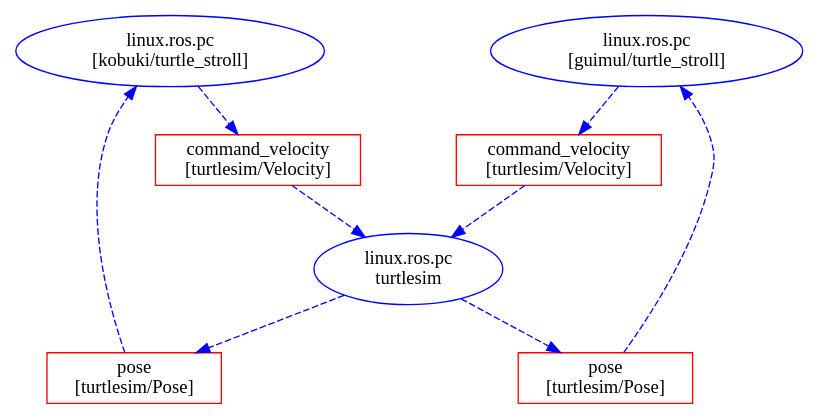
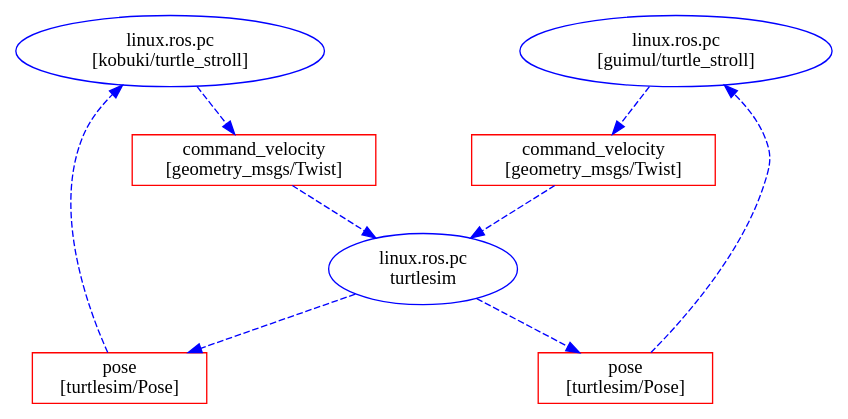
One commit to robotics-in-concert/rocon_tutorials changed the diagram in concert_tutorials/turtle_concert/orchestration/implementation.dot. Above: the diagram before and after it, drawn with Graphviz. The commit also changed 7 other files, not shown here.

Commit message:
turtle_stroll uses geometry_msgs. command_velocity to cmd_vel. removing wrong setup.py

```diff
--- a/concert_tutorials/turtle_concert/orchestration/implementation.dot
+++ b/concert_tutorials/turtle_concert/orchestration/implementation.dot
@@ -1,33 +1,33 @@
 digraph hierarchy {
 
 	nodesep=1.0 // increases the separation between nodes
 
 	node [color=Red]
 	edge [color=Blue, style=dashed] //setup options
 
     // concert clients
     kobuki [color=blue, shape=ellipse, label="linux.ros.pc\n[kobuki/turtle_stroll]"]
     guimul [color=blue, shape=ellipse, label="linux.ros.pc\n[guimul/turtle_stroll]"]
     turtlesim [color=blue, shape=ellipse, label="linux.ros.pc\nturtlesim"]
  
     // topics
     kobuki_pose [color=red, shape=box, label="pose\n[turtlesim/Pose]"]
-    kobuki_command_velocity [color=red, shape=box, label="command_velocity\n[turtlesim/Velocity]"]
+    kobuki_command_velocity [color=red, shape=box, label="command_velocity\n[geometry_msgs/Twist]"]
     guimul_pose [color=red, shape=box, label="pose\n[turtlesim/Pose]"]
-    guimul_command_velocity [color=red, shape=box, label="command_velocity\n[turtlesim/Velocity]"]
+    guimul_command_velocity [color=red, shape=box, label="command_velocity\n[geometry_msgs/Twist]"]
     
     // links
 	{rank = same; kobuki guimul }
 	//{rank = same; clear_cmd_list set_cmd_list recognized_cmd}
 	kobuki->{ kobuki_command_velocity }
     guimul->{ guimul_command_velocity }
     kobuki_command_velocity->turtlesim
     guimul_command_velocity->turtlesim
     turtlesim->kobuki_pose
     turtlesim->guimul_pose
 	kobuki_pose->kobuki
     guimul_pose->guimul
 	
 	//{rank=same; John Jack} //they have the same rank
 	//John->Jack [dir=both] // but is still on the same level as Jack
 }
```
